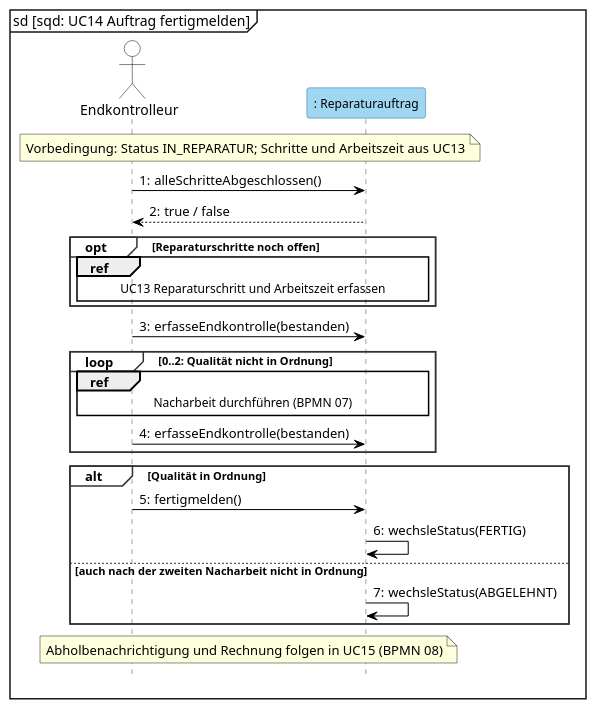
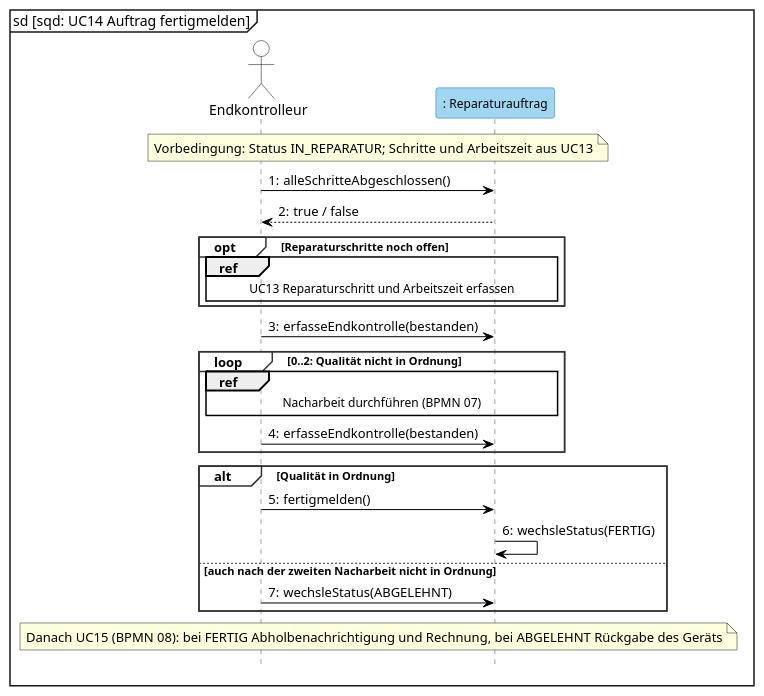
One commit to jakobschwan123-cmd/casestudy-semester-3 changed the diagram in 2_uml/entwurf-plantuml/sequenz-04-fertigmeldung.puml. Above: the diagram before and after it, drawn with PlantUML. The commit also changed 5 other files, not shown here.

```diff
--- a/2_uml/entwurf-plantuml/sequenz-04-fertigmeldung.puml
+++ b/2_uml/entwurf-plantuml/sequenz-04-fertigmeldung.puml
@@ -1,46 +1,46 @@
 @startuml
 ' BPMN: p07-reparaturdurchfuehrung.bpmn. Kernablauf: Endkontrolle, höchstens zwei Nacharbeiten (E-22), fertigmelden oder abbrechen.
 ' Darstellung wie in Visual Paradigm: Objekterzeugung als gestrichelter Pfeil auf den Kopfkasten (Kasten sitzt auf Nachrichtenhöhe, VL 6 Folie 5-70), kein <<create>>-Text.
 mainframe sd [sqd: UC14 Auftrag fertigmelden]
 skinparam defaultFontName Arial
 skinparam sequenceMessageAlign left
 skinparam maxMessageSize 170
 skinparam shadowing false
 skinparam sequence {
   ParticipantBackgroundColor #9FD6F2
   ParticipantBorderColor #2E6E99
   ParticipantFontSize 12
   ActorBackgroundColor white
   ActorBorderColor black
   LifeLineBorderColor #444444
   LifeLineBackgroundColor #9FD6F2
   GroupBorderColor #333333
   GroupBackgroundColor white
   GroupHeaderFontStyle bold
   ArrowColor black
 }
 hide footbox
 autonumber "0:"
 
 actor Endkontrolleur as E
 participant ": Reparaturauftrag" as RA
 
 note over E, RA : Vorbedingung: Status IN_REPARATUR; Schritte und Arbeitszeit aus UC13
 E -> RA : alleSchritteAbgeschlossen()
 RA --> E : true / false
 opt Reparaturschritte noch offen
     ref over E, RA : UC13 Reparaturschritt und Arbeitszeit erfassen
 end
 E -> RA : erfasseEndkontrolle(bestanden)
 loop 0..2: Qualität nicht in Ordnung
     ref over E, RA : Nacharbeit durchführen (BPMN 07)
     E -> RA : erfasseEndkontrolle(bestanden)
 end
 alt Qualität in Ordnung
     E -> RA : fertigmelden()
     RA -> RA : wechsleStatus(FERTIG)
 else auch nach der zweiten Nacharbeit nicht in Ordnung
-    RA -> RA : wechsleStatus(ABGELEHNT)
+    E -> RA : wechsleStatus(ABGELEHNT)
 end
-note over E, RA : Abholbenachrichtigung und Rechnung folgen in UC15 (BPMN 08)
+note over E, RA : Danach UC15 (BPMN 08): bei FERTIG Abholbenachrichtigung und Rechnung, bei ABGELEHNT Rückgabe des Geräts
 @enduml
```
